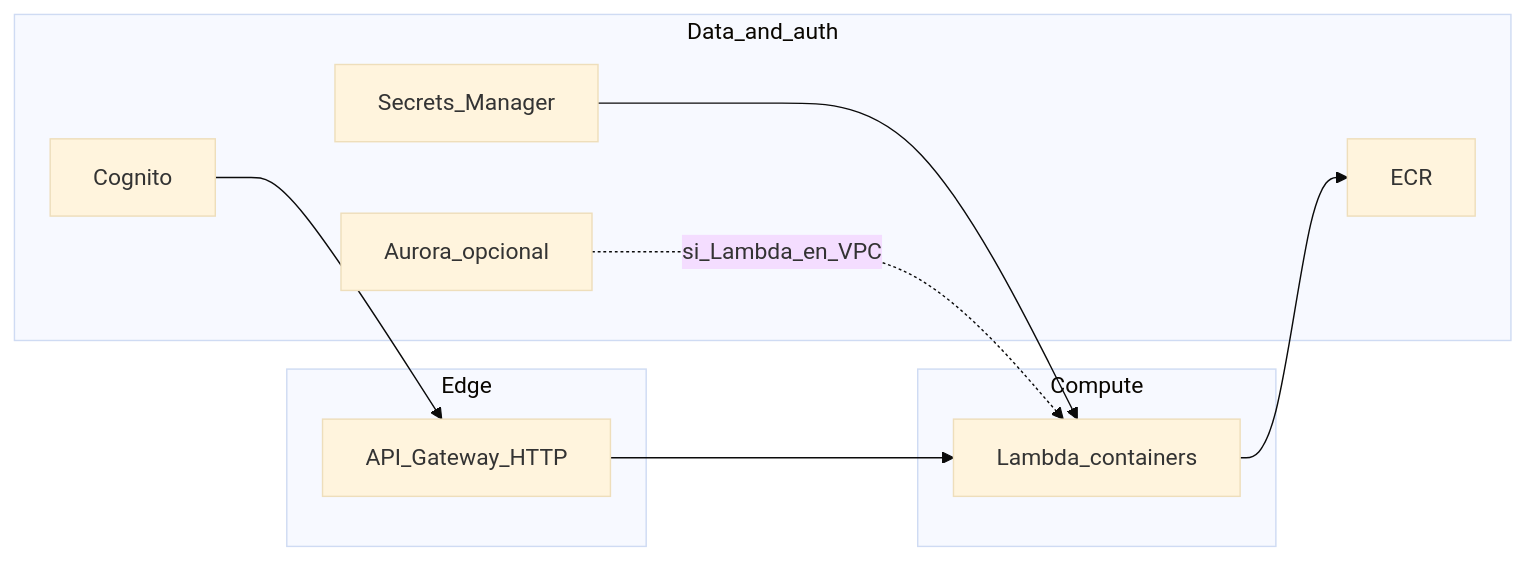
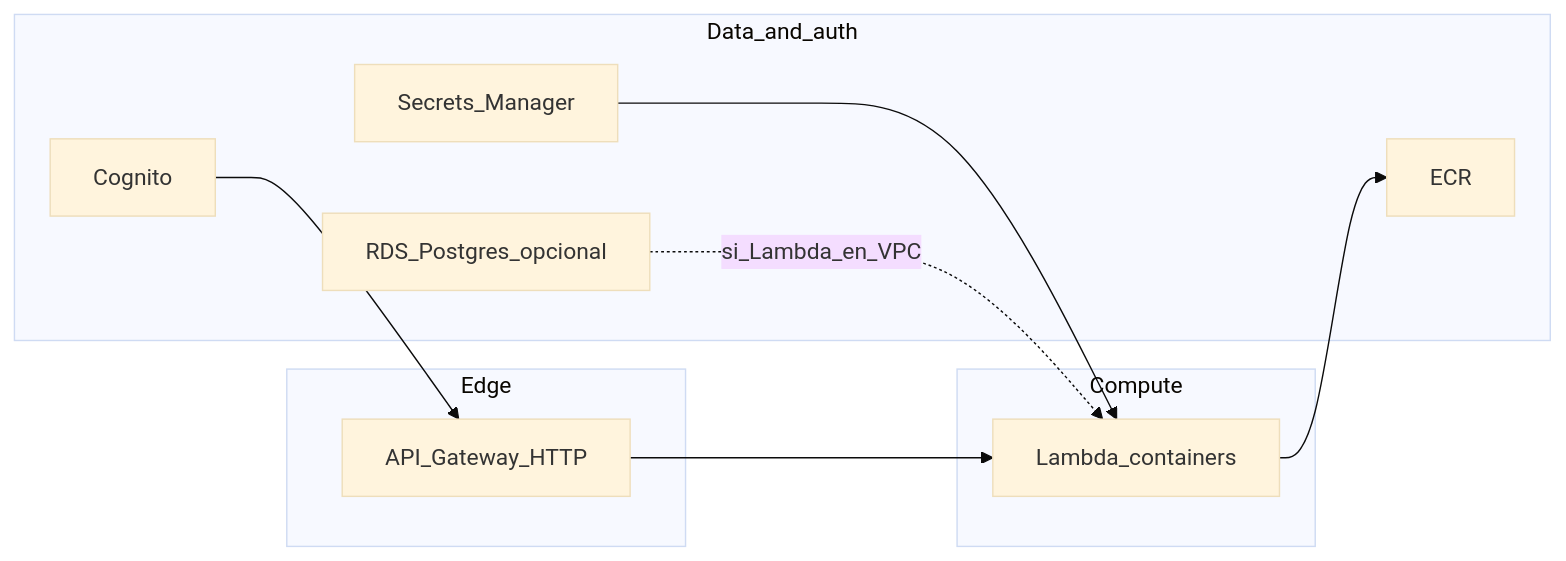
Before and after one commit to refactored-team/finexa-ia: the diagram in infra/README.md, drawn with Mermaid (base theme). The commit also changed other lines of this file and 13 other files, not shown here.

First line of the commit message:
Refactor Terraform configuration to remove Aurora PostgreSQL support and implement RDS PostgreSQL

````diff
--- a/infra/README.md
+++ b/infra/README.md
@@ -21,20 +21,20 @@
 ```mermaid
 flowchart LR
   subgraph edge [Edge]
     APIGW[API_Gateway_HTTP]
   end
   subgraph compute [Compute]
     L[Lambda_containers]
   end
   subgraph data [Data_and_auth]
     COG[Cognito]
     ECR[ECR]
     SM[Secrets_Manager]
-    AUR[Aurora_opcional]
+    RDS[RDS_Postgres_opcional]
   end
   APIGW --> L
   L --> ECR
   COG --> APIGW
   SM --> L
-  AUR -.->|si_Lambda_en_VPC| L
+  RDS -.->|si_Lambda_en_VPC| L
 ```
````
